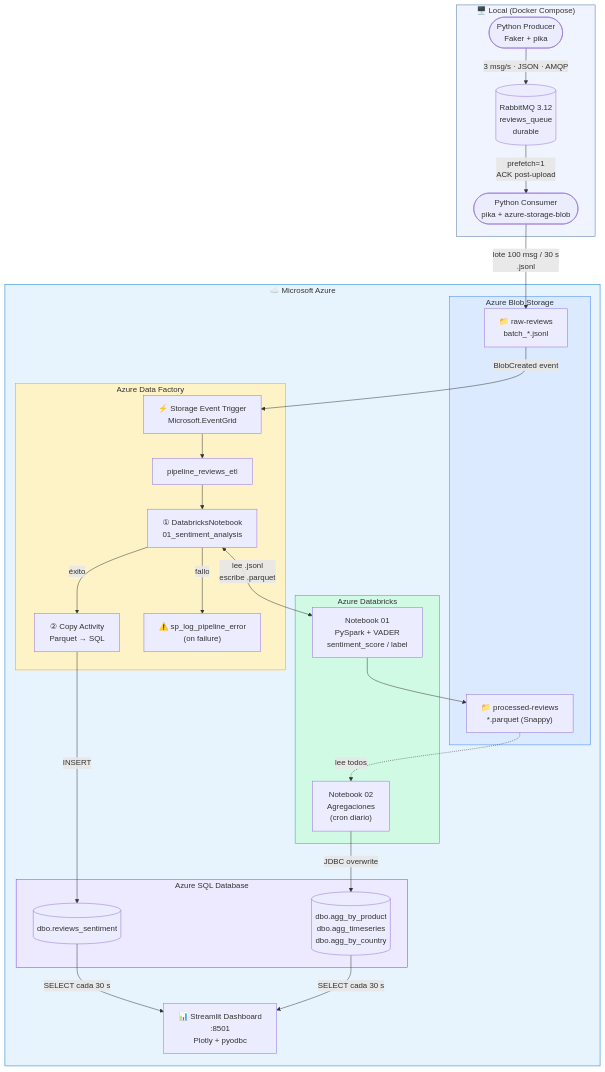
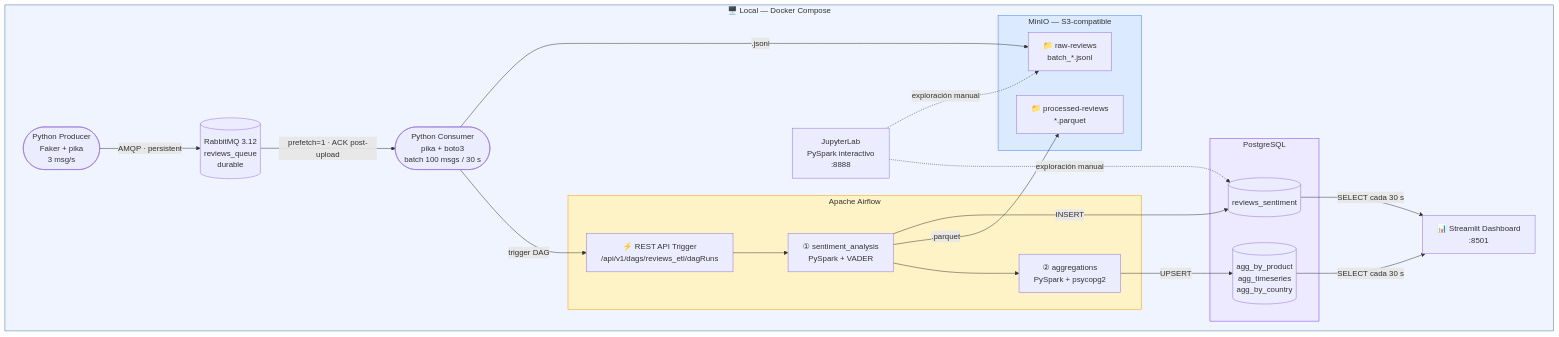
One commit to nxniya/proyecto-ampliado-bd changed the diagram in docs/guia_presentacion.md. Above: the diagram before and after it, drawn with Mermaid. The commit also changed other lines of this file and 28 other files, not shown here.

````diff
--- a/docs/guia_presentacion.md
+++ b/docs/guia_presentacion.md
@@ -91,57 +73,45 @@
 ```mermaid
 flowchart TD
-    subgraph LOCAL["🖥️ Local (Docker Compose)"]
-        P([Python Producer\nFaker + pika])
+    subgraph LOCAL["🖥️ Local — Docker Compose"]
+        P([Python Producer\nFaker + pika\n3 msg/s])
         RMQ[("RabbitMQ 3.12\nreviews_queue\ndurable")]
-        C([Python Consumer\npika + azure-storage-blob])
+        C([Python Consumer\npika + boto3\nbatch 100 msgs / 30 s])
+
+        subgraph STORAGE["MinIO — S3-compatible"]
+            RAW["📁 raw-reviews\nbatch_*.jsonl"]
+            PROC["📁 processed-reviews\n*.parquet"]
+        end
+
+        subgraph AIRFLOW["Apache Airflow"]
+            TRIG["⚡ REST API Trigger\n/api/v1/dags/reviews_etl/dagRuns"]
+            T1["① sentiment_analysis\nPySpark + VADER"]
+            T2["② aggregations\nPySpark + psycopg2"]
+        end
+
+        subgraph PG["PostgreSQL"]
+            RS[("reviews_sentiment")]
+            AGG[("agg_by_product\nagg_timeseries\nagg_by_country")]
+        end
+
+        JUP["JupyterLab\nPySpark interactivo\n:8888"]
+        DASH["📊 Streamlit Dashboard\n:8501"]
     end
 
-    subgraph AZURE["☁️ Microsoft Azure"]
-        subgraph DATALAKE["Azure Blob Storage"]
-            RAW["📁 raw-reviews\nbatch_*.jsonl"]
-            PROC["📁 processed-reviews\n*.parquet (Snappy)"]
-        end
-
-        subgraph ORCHESTRATION["Azure Data Factory"]
-            TRIG["⚡ Storage Event Trigger\nMicrosoft.EventGrid"]
-            PL["pipeline_reviews_etl"]
-            ACT1["① DatabricksNotebook\n01_sentiment_analysis"]
-            ACT2["② Copy Activity\nParquet → SQL"]
-            ACTE["⚠️ sp_log_pipeline_error\n(on failure)"]
-        end
-
-        subgraph PROCESSING["Azure Databricks"]
-            NB1["Notebook 01\nPySpark + VADER\nsentiment_score / label"]
-            NB2["Notebook 02\nAgregaciones\n(cron diario)"]
-        end
-
-        subgraph WAREHOUSE["Azure SQL Database"]
-            T1[("dbo.reviews_sentiment")]
-            T2[("dbo.agg_by_product\ndbo.agg_timeseries\ndbo.agg_by_country")]
-        end
-
-        DASH["📊 Streamlit Dashboard\n:8501\nPlotly + pyodbc"]
-    end
-
-    P -->|"3 msg/s · JSON · AMQP"| RMQ
-    RMQ -->|"prefetch=1\nACK post-upload"| C
-    C -->|"lote 100 msg / 30 s\n.jsonl"| RAW
-    RAW -->|"BlobCreated event"| TRIG
-    TRIG --> PL
-    PL --> ACT1
-    ACT1 -->|"éxito"| ACT2
-    ACT1 -->|"fallo"| ACTE
-    ACT1 <-->|"lee .jsonl\nescribe .parquet"| NB1
-    NB1 --> PROC
-    ACT2 -->|"INSERT"| T1
-    NB2 -->|"JDBC overwrite"| T2
-    PROC -.->|"lee todos"| NB2
-    T1 & T2 -->|"SELECT cada 30 s"| DASH
+    P -->|"AMQP · persistent"| RMQ
+    RMQ -->|"prefetch=1 · ACK post-upload"| C
+    C -->|".jsonl"| RAW
+    C -->|"trigger DAG"| TRIG
+    TRIG --> T1
+    T1 -->|"INSERT"| RS
+    T1 -->|".parquet"| PROC
+    T1 --> T2
+    T2 -->|"UPSERT"| AGG
+    RS & AGG -->|"SELECT cada 30 s"| DASH
+    JUP -.->|"exploración manual"| RAW
+    JUP -.->|"exploración manual"| RS
 
     style LOCAL fill:#f0f4ff,stroke:#4a6fa5
-    style AZURE fill:#e8f4fd,stroke:#0078d4
-    style DATALAKE fill:#dbeafe,stroke:#3b82f6
-    style ORCHESTRATION fill:#fef3c7,stroke:#f59e0b
-    style PROCESSING fill:#d1fae5,stroke:#10b981
-    style WAREHOUSE fill:#ede9fe,stroke:#7c3aed
+    style STORAGE fill:#dbeafe,stroke:#3b82f6
+    style AIRFLOW fill:#fef3c7,stroke:#f59e0b
+    style PG fill:#ede9fe,stroke:#7c3aed
 ```
````
